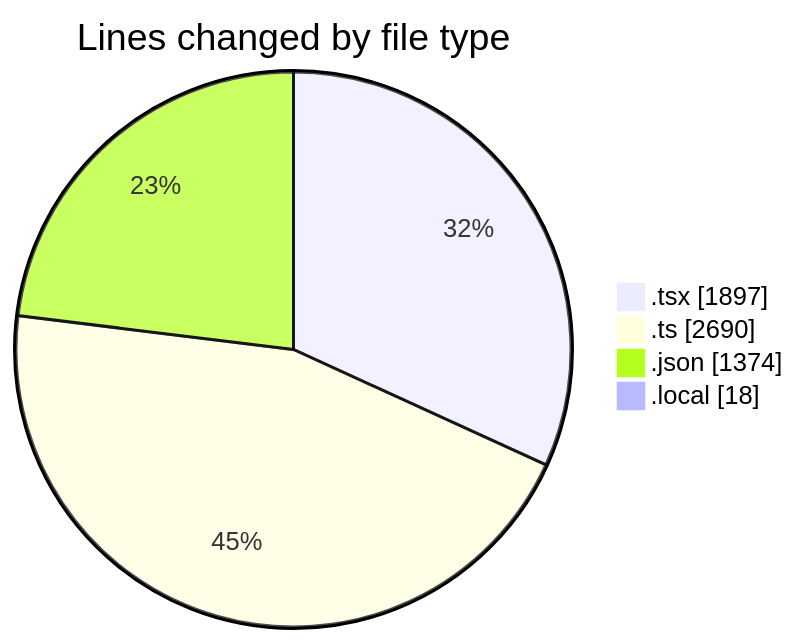
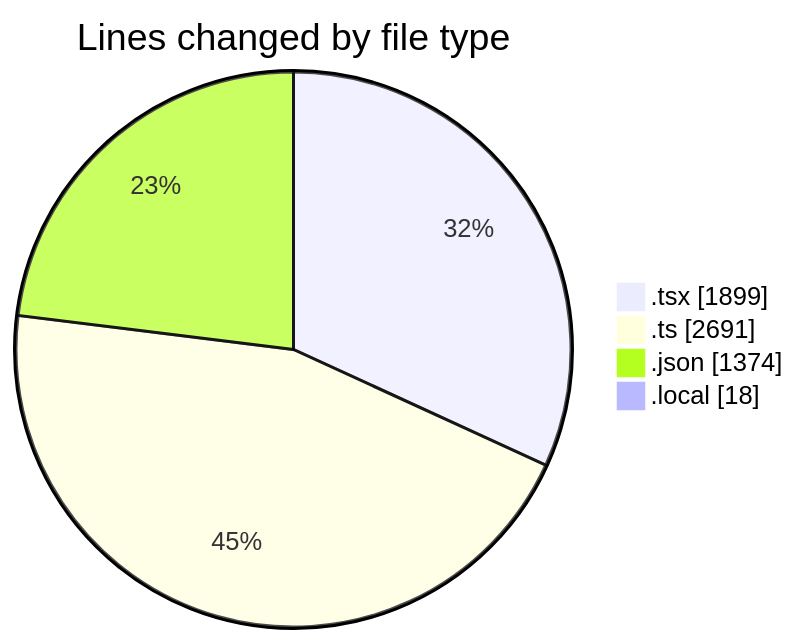
One commit to julien-gomy/code-tracking changed the first of 2 diagrams in 2025-10-16/eventscop-frontend-guide__workspace_/README.md. Above: the diagram before and after it, drawn with Mermaid. The commit also changed other lines of this file and 1 other file, not shown here.

````diff
--- a/2025-10-16/eventscop-frontend-guide__workspace_/README.md
+++ b/2025-10-16/eventscop-frontend-guide__workspace_/README.md
@@ -55,8 +55,8 @@
 ```mermaid
 pie showData
 title Lines changed by file type
-".tsx" : 1897
-".ts" : 2690
+".tsx" : 1899
+".ts" : 2691
 ".json" : 1374
 ".local" : 18
 ```
````
